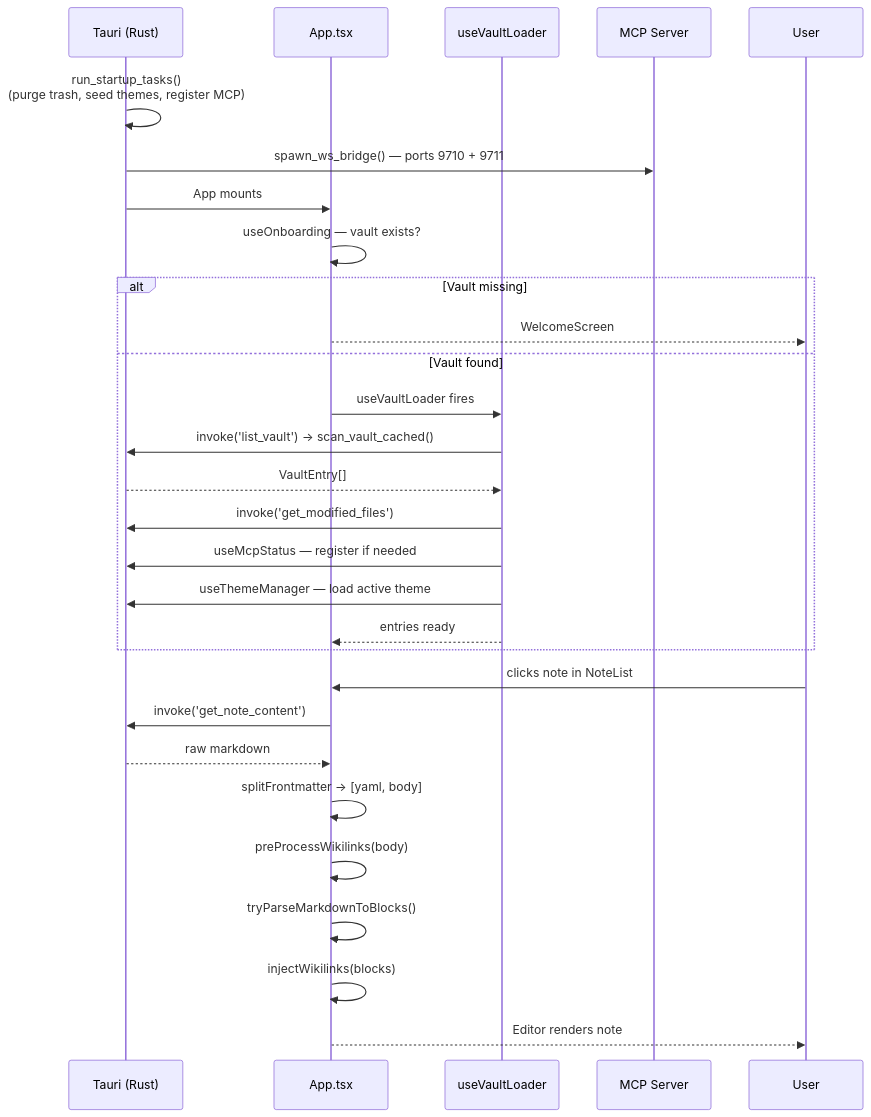
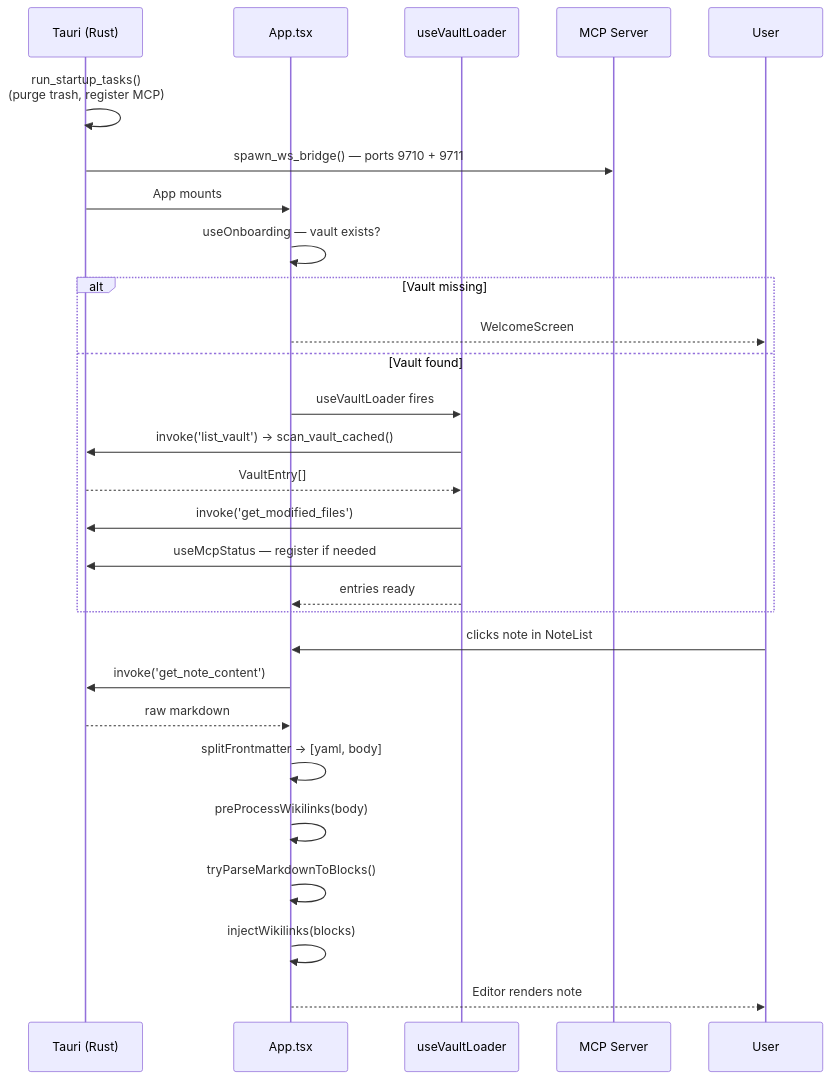
Before and after one commit to aimeritething/Fuwa: the seventh of 11 diagrams in docs/ARCHITECTURE.md, drawn with Mermaid. The commit also changed other lines of this file and 3 other files, not shown here.

First line of the commit message:
docs: audit ARCHITECTURE.md, ABSTRACTIONS.md, GETTING-STARTED.md — remove stale theme/tab/favorites refs

````diff
--- a/docs/ARCHITECTURE.md
+++ b/docs/ARCHITECTURE.md
@@ -496,34 +485,33 @@
 ```mermaid
 sequenceDiagram
     participant T as Tauri (Rust)
     participant A as App.tsx
     participant VL as useVaultLoader
     participant MCP as MCP Server
     participant U as User
 
-    T->>T: run_startup_tasks()<br/>(purge trash, seed themes, register MCP)
+    T->>T: run_startup_tasks()<br/>(purge trash, register MCP)
     T->>MCP: spawn_ws_bridge() — ports 9710 + 9711
     T->>A: App mounts
 
     A->>A: useOnboarding — vault exists?
     alt Vault missing
         A-->>U: WelcomeScreen
     else Vault found
         A->>VL: useVaultLoader fires
         VL->>T: invoke('list_vault') → scan_vault_cached()
         T-->>VL: VaultEntry[]
         VL->>T: invoke('get_modified_files')
         VL->>T: useMcpStatus — register if needed
-        VL->>T: useThemeManager — load active theme
         VL-->>A: entries ready
     end
 
     U->>A: clicks note in NoteList
     A->>T: invoke('get_note_content')
     T-->>A: raw markdown
     A->>A: splitFrontmatter → [yaml, body]
     A->>A: preProcessWikilinks(body)
     A->>A: tryParseMarkdownToBlocks()
     A->>A: injectWikilinks(blocks)
     A-->>U: Editor renders note
 ```
````
